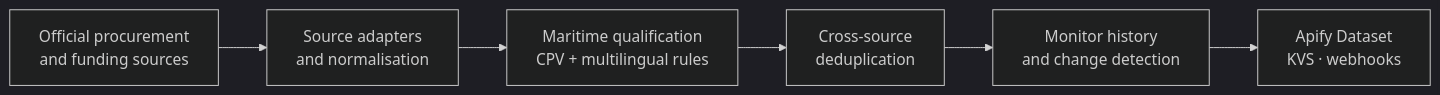
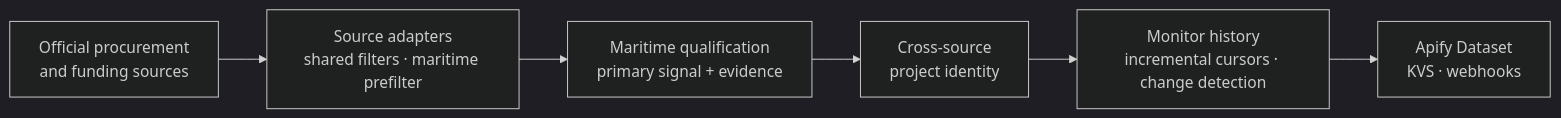
One commit to gabichuuuuu/eu-maritime-port-opportunity-monitor-showcase changed the diagram in README.md. Above: the diagram before and after it, drawn with Mermaid (dark theme). The commit also changed other lines of this file and 2 other files, not shown here.

````diff
--- a/README.md
+++ b/README.md
@@ -60,15 +75,15 @@
 ```mermaid
 flowchart LR
     SOURCES[Official procurement<br/>and funding sources]
-    NORMALIZE[Source adapters<br/>and normalisation]
-    QUALIFY[Maritime qualification<br/>CPV + multilingual rules]
-    DEDUPE[Cross-source<br/>deduplication]
-    HISTORY[Monitor history<br/>and change detection]
+    NORMALIZE[Source adapters<br/>shared filters · maritime prefilter]
+    QUALIFY[Maritime qualification<br/>primary signal + evidence]
+    DEDUPE[Cross-source<br/>project identity]
+    HISTORY[Monitor history<br/>incremental cursors · change detection]
     OUTPUT[Apify Dataset<br/>KVS · webhooks]
 
     SOURCES --> NORMALIZE
     NORMALIZE --> QUALIFY
     QUALIFY --> DEDUPE
     DEDUPE --> HISTORY
     HISTORY --> OUTPUT
 ```
````
